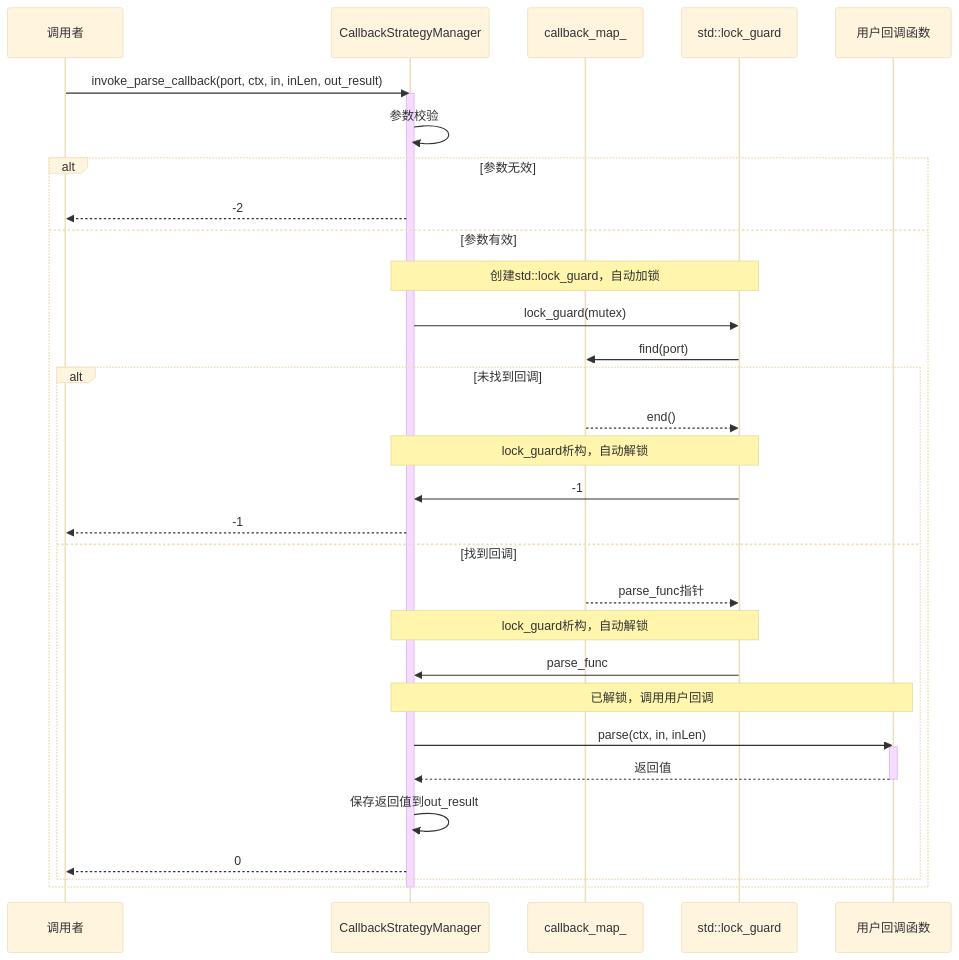
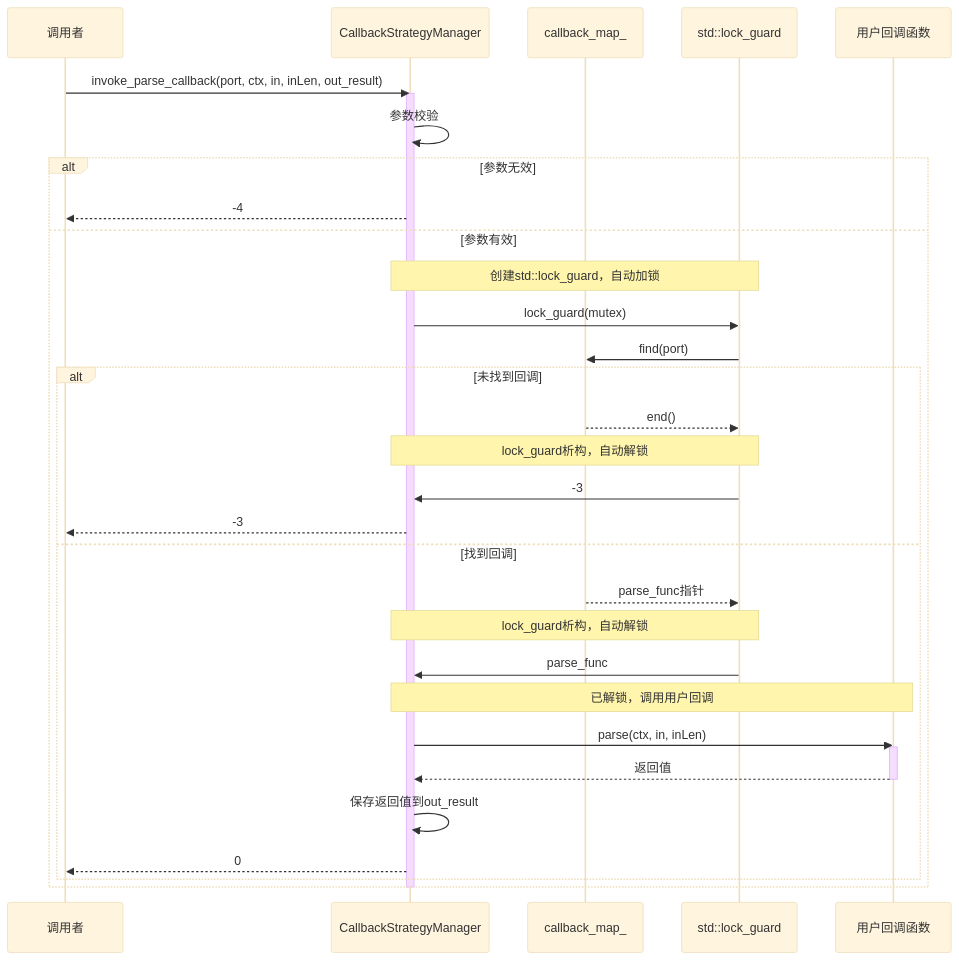
The third of 4 diagrams in docs/design/lld-详细设计文档-Callback.md (YanKangMing650/https-server-sim), drawn with Mermaid (base theme) before and after one commit. The commit also changed other lines of this file and 32 other files, not shown here.

````diff
--- a/docs/design/lld-详细设计文档-Callback.md
+++ b/docs/design/lld-详细设计文档-Callback.md
@@ -848,40 +852,40 @@
 ```mermaid
 sequenceDiagram
     participant Caller as 调用者
     participant Manager as CallbackStrategyManager
     participant Map as callback_map_
     participant LockGuard as std::lock_guard
     participant Callback as 用户回调函数
 
     Caller->>Manager: invoke_parse_callback(port, ctx, in, inLen, out_result)
     activate Manager
 
     Manager->>Manager: 参数校验
     alt 参数无效
-        Manager-->>Caller: -2
+        Manager-->>Caller: -4
     else 参数有效
         Note over Manager,LockGuard: 创建std::lock_guard，自动加锁
         Manager->>LockGuard: lock_guard(mutex)
         LockGuard->>Map: find(port)
         alt 未找到回调
             Map-->>LockGuard: end()
             Note over Manager,LockGuard: lock_guard析构，自动解锁
-            LockGuard->>Manager: -1
-            Manager-->>Caller: -1
+            LockGuard->>Manager: -3
+            Manager-->>Caller: -3
         else 找到回调
             Map-->>LockGuard: parse_func指针
             Note over Manager,LockGuard: lock_guard析构，自动解锁
             LockGuard->>Manager: parse_func
 
             Note over Manager,Callback: 已解锁，调用用户回调
             Manager->>Callback: parse(ctx, in, inLen)
             activate Callback
             Callback-->>Manager: 返回值
             deactivate Callback
 
             Manager->>Manager: 保存返回值到out_result
             Manager-->>Caller: 0
         end
     end
     deactivate Manager
 ```
````
